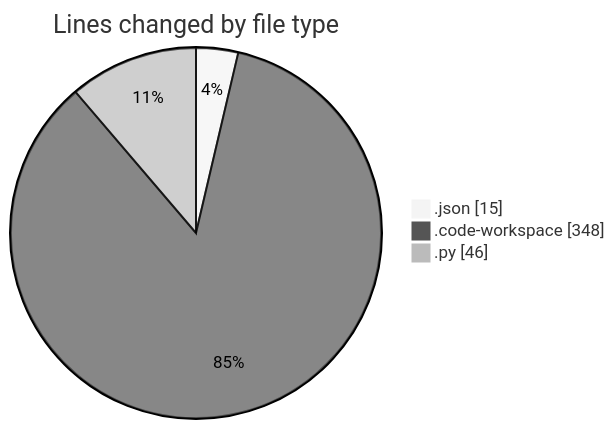
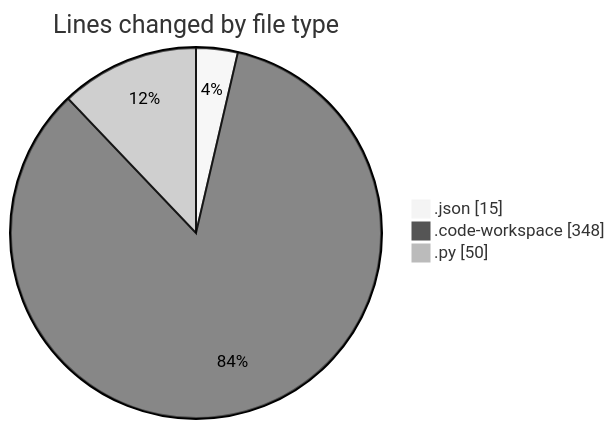
One commit to MatusMokan/code-tracking changed the first of 2 diagrams in 2025-02-25/myws__workspace_/README.md. Above: the diagram before and after it, drawn with Mermaid (neutral theme). The commit also changed other lines of this file and 1 other file, not shown here.

````diff
--- a/2025-02-25/myws__workspace_/README.md
+++ b/2025-02-25/myws__workspace_/README.md
@@ -22,7 +22,7 @@
 ```mermaid
 pie showData
 title Lines changed by file type
 ".json" : 15
 ".code-workspace" : 348
-".py" : 46
+".py" : 50
 ```
````
